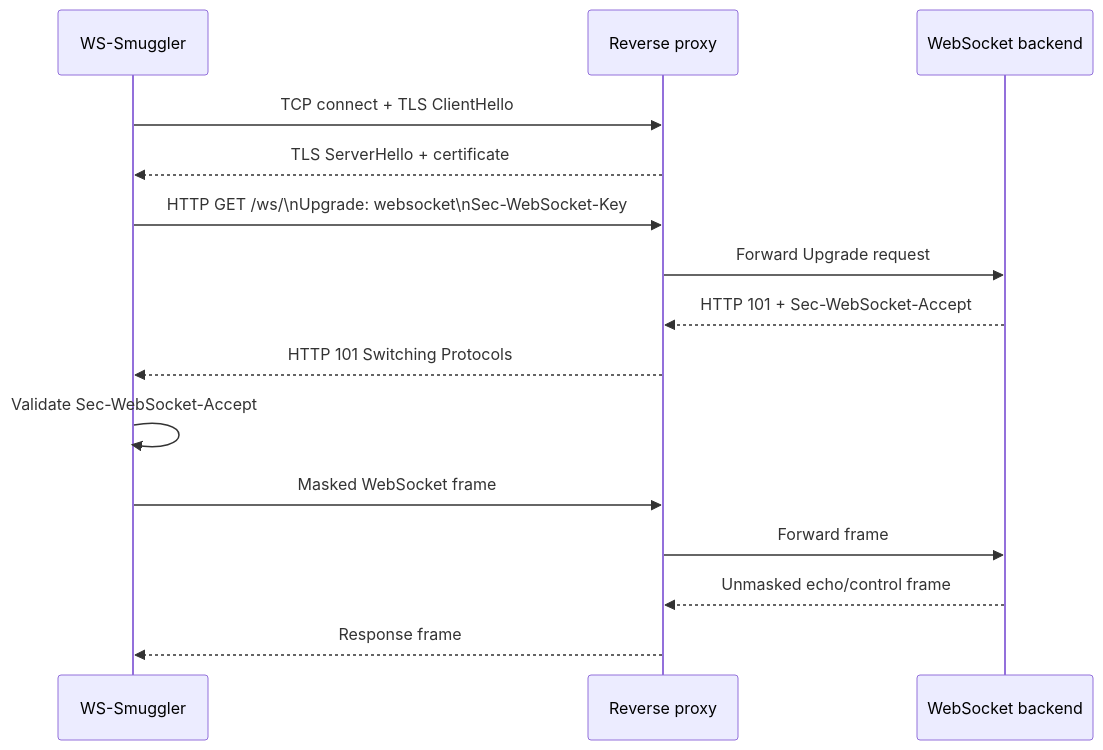
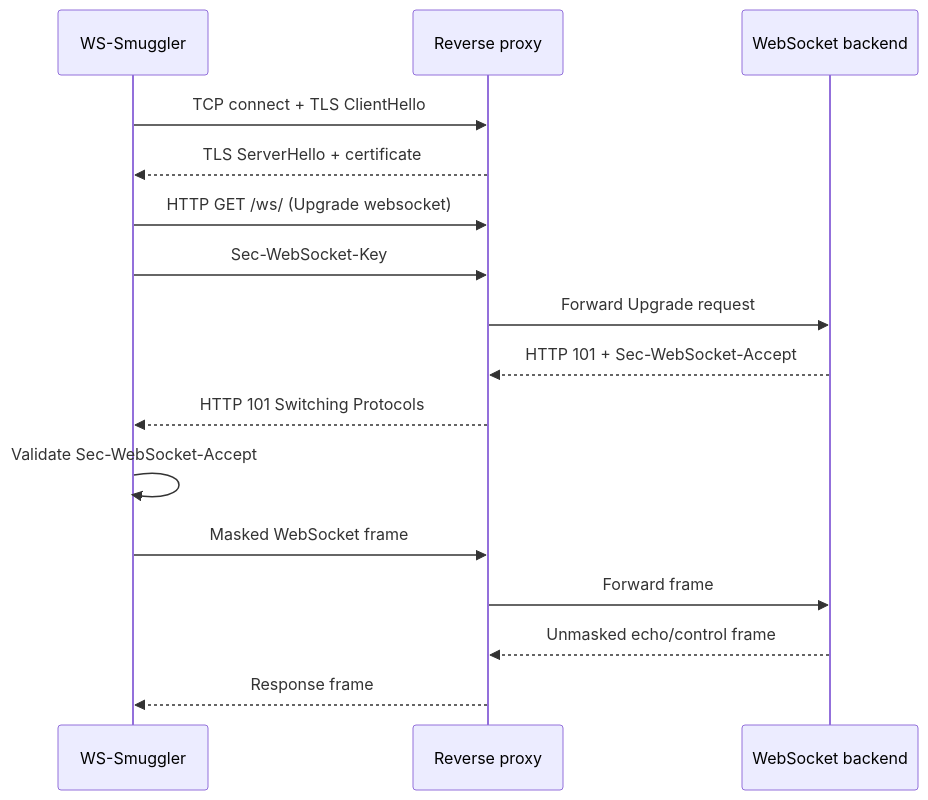
Before and after one commit to la1n-1wakura/ws-smuggler: the second of 3 diagrams in README.md, drawn with Mermaid. The commit also changed other lines of this file and 2 other files, not shown here.

````diff
--- a/README.md
+++ b/README.md
@@ -83,17 +97,18 @@
 ```mermaid
 sequenceDiagram
    participant C as WS-Smuggler
    participant P as Reverse proxy
    participant B as WebSocket backend
    C->>P: TCP connect + TLS ClientHello
    P-->>C: TLS ServerHello + certificate
-   C->>P: HTTP GET /ws/\nUpgrade: websocket\nSec-WebSocket-Key
+   C->>P: HTTP GET /ws/ (Upgrade websocket)
+   C->>P: Sec-WebSocket-Key
    P->>B: Forward Upgrade request
    B-->>P: HTTP 101 + Sec-WebSocket-Accept
    P-->>C: HTTP 101 Switching Protocols
    C->>C: Validate Sec-WebSocket-Accept
    C->>P: Masked WebSocket frame
    P->>B: Forward frame
    B-->>P: Unmasked echo/control frame
    P-->>C: Response frame
 ```
````
